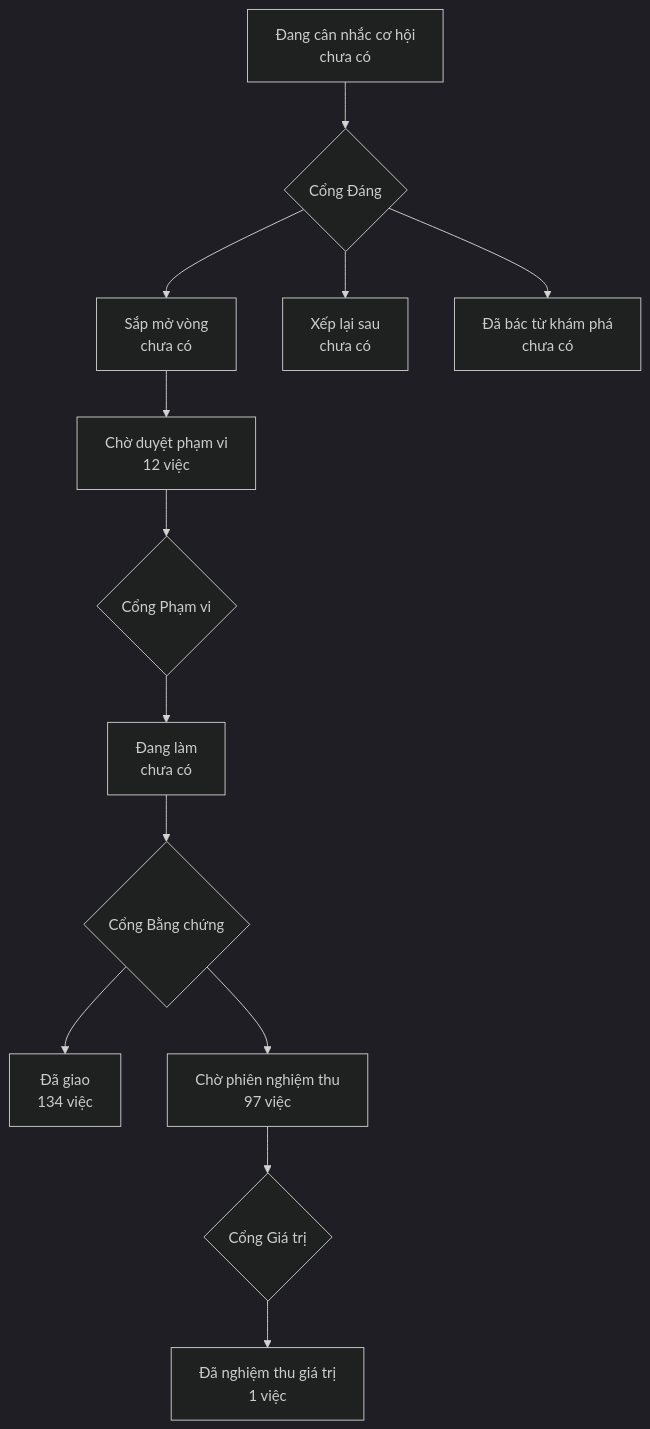
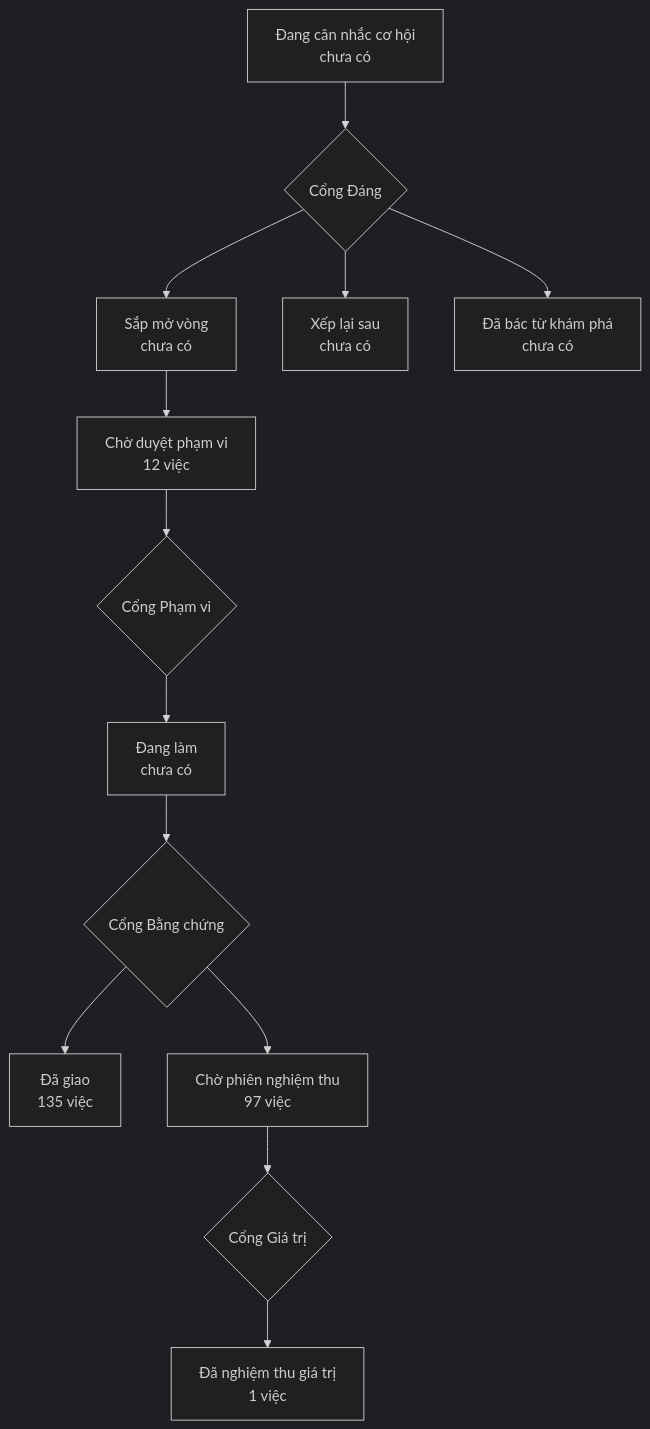
The diagram in PRODUCT-MAP.md (phanlemanh/onehub-invest), drawn with Mermaid (dark theme) before and after one commit. The commit also changed other lines of this file and 35 other files, not shown here.

````diff
--- a/PRODUCT-MAP.md
+++ b/PRODUCT-MAP.md
@@ -7,12 +7,12 @@
 ```mermaid
 flowchart TD
   A["Đang cân nhắc cơ hội<br/>chưa có"] --> GD{"Cổng Đáng"}
   GD --> B["Sắp mở vòng<br/>chưa có"]
   GD --> XL["Xếp lại sau<br/>chưa có"]
   GD --> DB["Đã bác từ khám phá<br/>chưa có"]
   B --> CD["Chờ duyệt phạm vi<br/>12 việc"] --> GP{"Cổng Phạm vi"}
   GP --> DL["Đang làm<br/>chưa có"] --> GB{"Cổng Bằng chứng"}
-  GB --> DG["Đã giao<br/>134 việc"]
+  GB --> DG["Đã giao<br/>135 việc"]
   GB --> CN["Chờ phiên nghiệm thu<br/>97 việc"] --> GG{"Cổng Giá trị"}
   GG --> NT["Đã nghiệm thu giá trị<br/>1 việc"]
 ```
````
